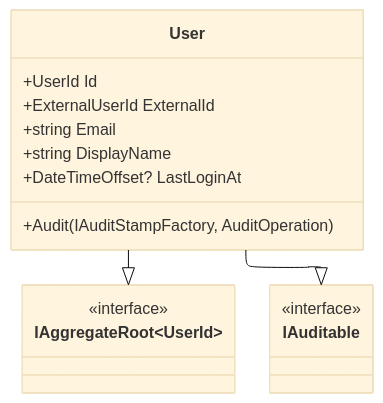
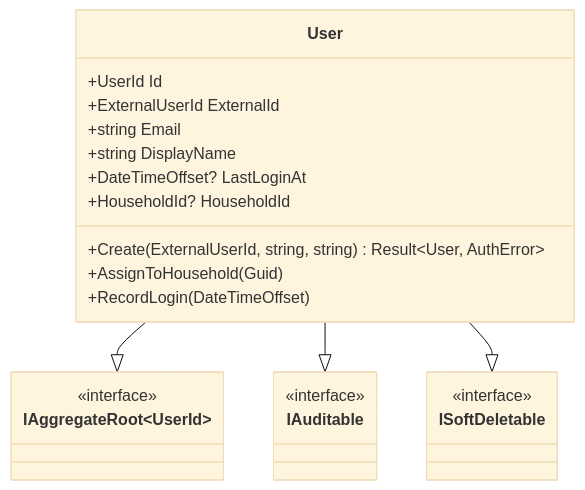
Before and after one commit to DigiBanks99/menlo: the second of 2 diagrams in docs/reference/authentication-api.md, drawn with Mermaid (base theme). The commit also changed other lines of this file and 11 other files, not shown here.

````diff
--- a/docs/reference/authentication-api.md
+++ b/docs/reference/authentication-api.md
@@ -13,23 +104,26 @@
 ```mermaid
----
-config:
-  layout: elk
----
 classDiagram
     class User {
         +UserId Id
         +ExternalUserId ExternalId
         +string Email
         +string DisplayName
         +DateTimeOffset? LastLoginAt
-        +Audit(IAuditStampFactory, AuditOperation)
+        +HouseholdId? HouseholdId
+        +Create(ExternalUserId, string, string) Result~User, AuthError~
+        +AssignToHousehold(Guid)
+        +RecordLogin(DateTimeOffset)
     }
     class IAggregateRoot~UserId~ {
         <<interface>>
     }
     class IAuditable {
         <<interface>>
     }
+    class ISoftDeletable {
+        <<interface>>
+    }
     User --|> IAggregateRoot~UserId~
     User --|> IAuditable
+    User --|> ISoftDeletable
 ```
````
